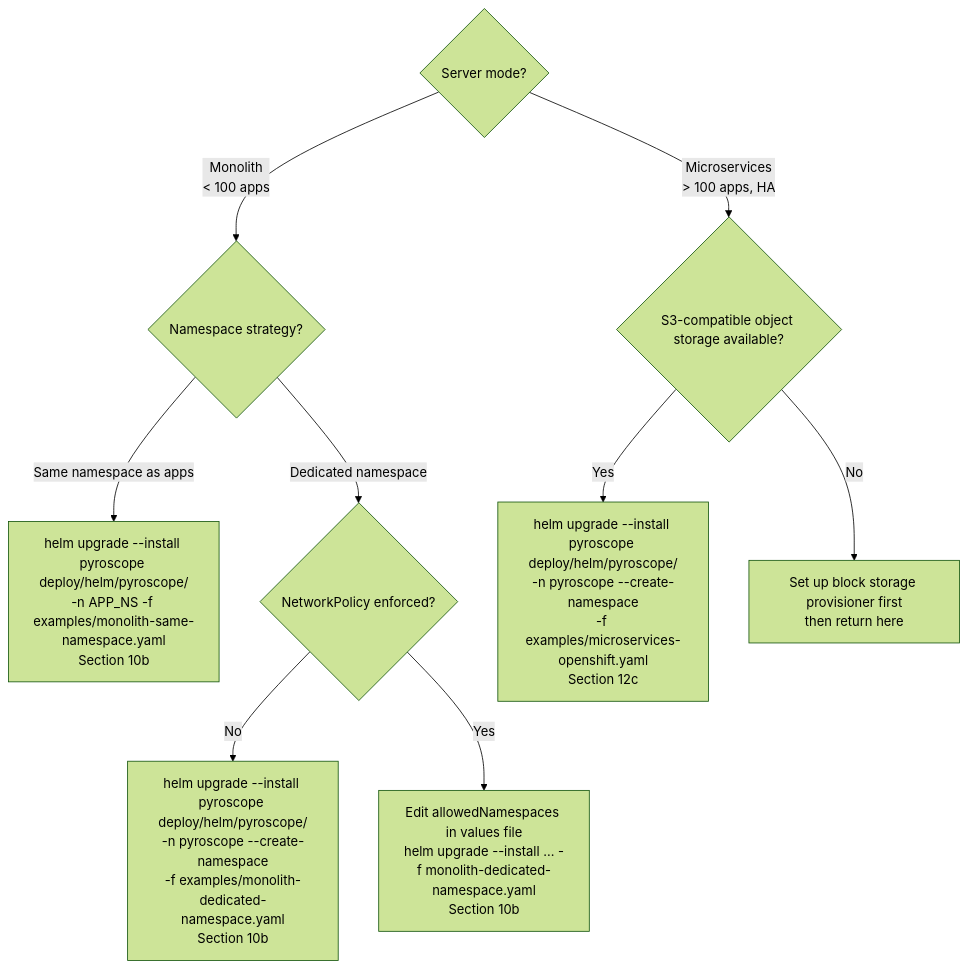
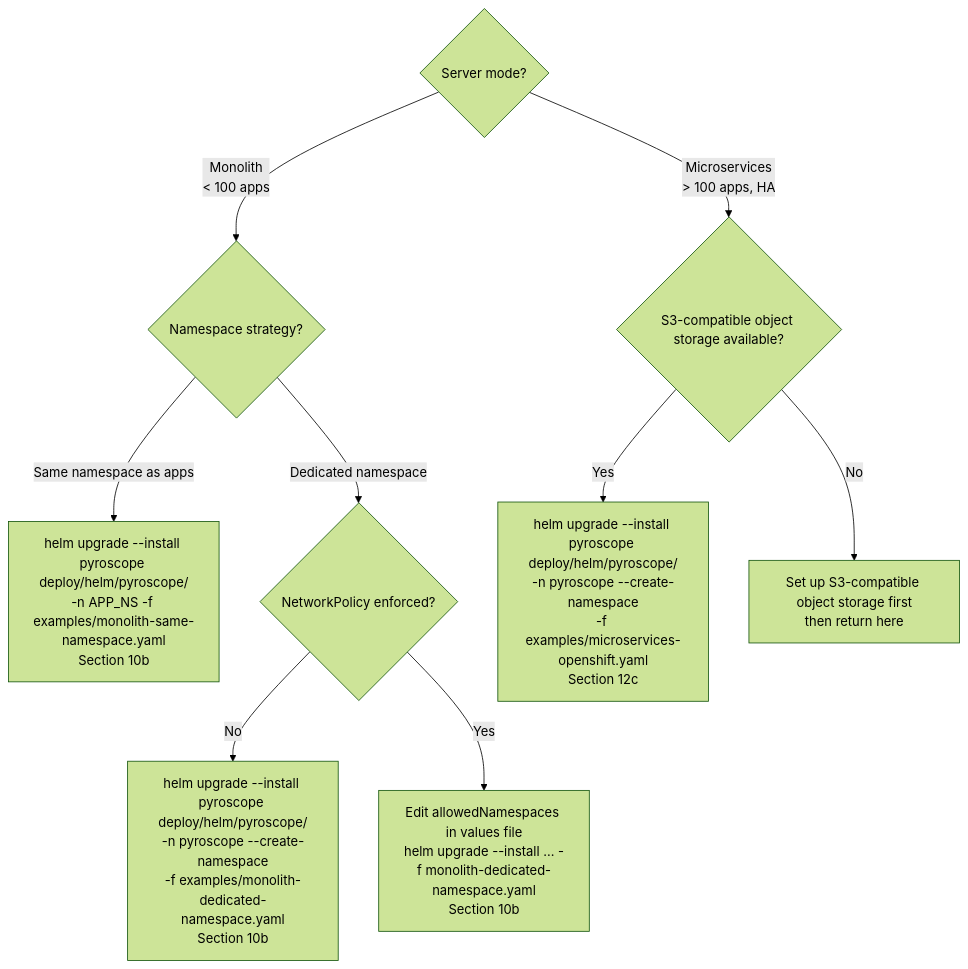
Before and after one commit to aff0gat000/pyroscope: the seventh of 15 diagrams in docs/deployment-guide.md, drawn with Mermaid (forest theme). The commit also changed other lines of this file and 26 other files, not shown here.

First line of the commit message:
Replace block storage with S3-compatible object storage across all docs and configs

````diff
--- a/docs/deployment-guide.md
+++ b/docs/deployment-guide.md
@@ -250,14 +250,14 @@
 ```mermaid
 graph TD
     A{Server mode?} -->|"Monolith<br/>< 100 apps"| B{Namespace strategy?}
     A -->|"Microservices<br/>> 100 apps, HA"| C{S3-compatible object storage available?}
 
     B -->|Same namespace as apps| D["helm upgrade --install pyroscope deploy/helm/pyroscope/<br/>-n APP_NS -f examples/monolith-same-namespace.yaml<br/>Section 10b"]
     B -->|Dedicated namespace| E{NetworkPolicy enforced?}
 
     E -->|No| F["helm upgrade --install pyroscope deploy/helm/pyroscope/<br/>-n pyroscope --create-namespace<br/>-f examples/monolith-dedicated-namespace.yaml<br/>Section 10b"]
     E -->|Yes| G["Edit allowedNamespaces in values file<br/>helm upgrade --install ... -f monolith-dedicated-namespace.yaml<br/>Section 10b"]
 
     C -->|Yes| H["helm upgrade --install pyroscope deploy/helm/pyroscope/<br/>-n pyroscope --create-namespace<br/>-f examples/microservices-openshift.yaml<br/>Section 12c"]
-    C -->|No| I["Set up block storage provisioner first<br/>then return here"]
+    C -->|No| I["Set up S3-compatible object storage first<br/>then return here"]
 ```
````
